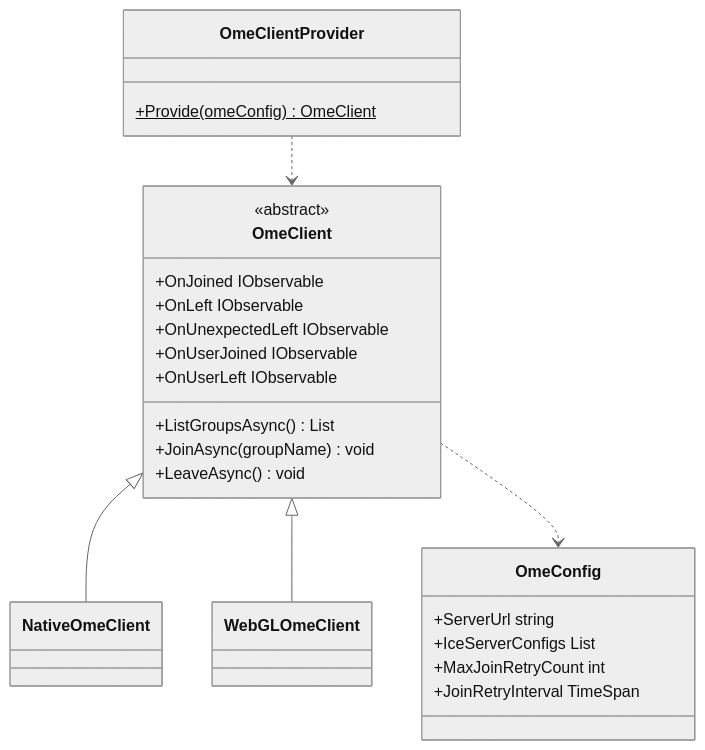
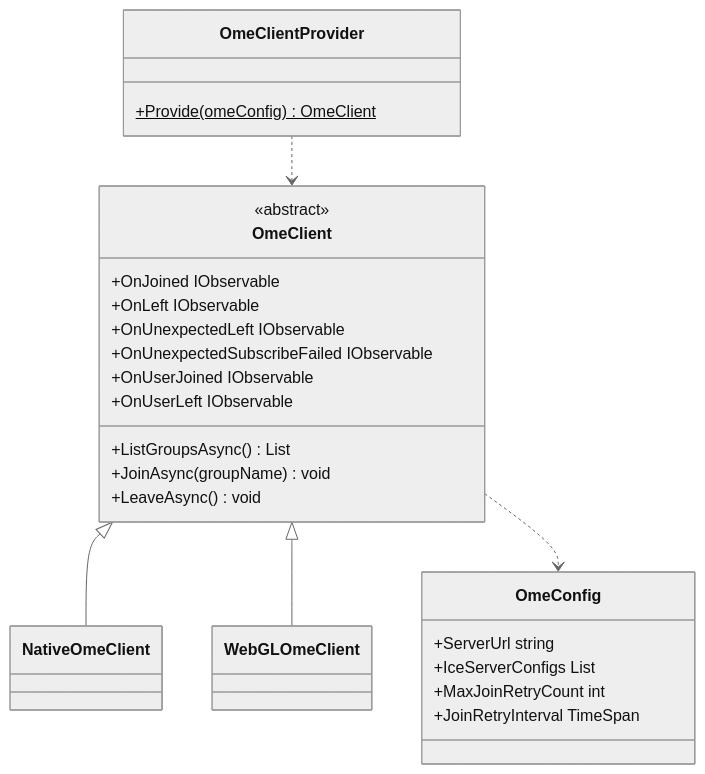
The first of 3 diagrams in docs/integration/sfu.ome.md (extreal-dev/Extreal.Guide), drawn with Mermaid (neutral theme) before and after one commit. The commit also changed other lines of this file, not shown here.

Commit message:
Add OnUnexpectedSubscribeFailed event to OmeClient

````diff
--- a/docs/integration/sfu.ome.md
+++ b/docs/integration/sfu.ome.md
@@ -27,37 +27,38 @@
 ```mermaid
 classDiagram
 
     OmeClientProvider ..> OmeClient
     OmeClient <|-- NativeOmeClient
     OmeClient <|-- WebGLOmeClient
     OmeClient ..> OmeConfig
 
     class OmeClientProvider {
         +Provide(omeConfig)$ OmeClient
     }
     
     class OmeClient {
         <<abstract>>
         +OnJoined IObservable
         +OnLeft IObservable
         +OnUnexpectedLeft IObservable
+        +OnUnexpectedSubscribeFailed IObservable
         +OnUserJoined IObservable
         +OnUserLeft IObservable
         +ListGroupsAsync() List
         +JoinAsync(groupName) void
         +LeaveAsync() void
     }
     
     class OmeConfig {
         +ServerUrl string
         +IceServerConfigs List
         +MaxJoinRetryCount int
         +JoinRetryInterval TimeSpan
     }
 
     class NativeOmeClient {
     }
     
     class WebGLOmeClient {
     }
 ```
````
